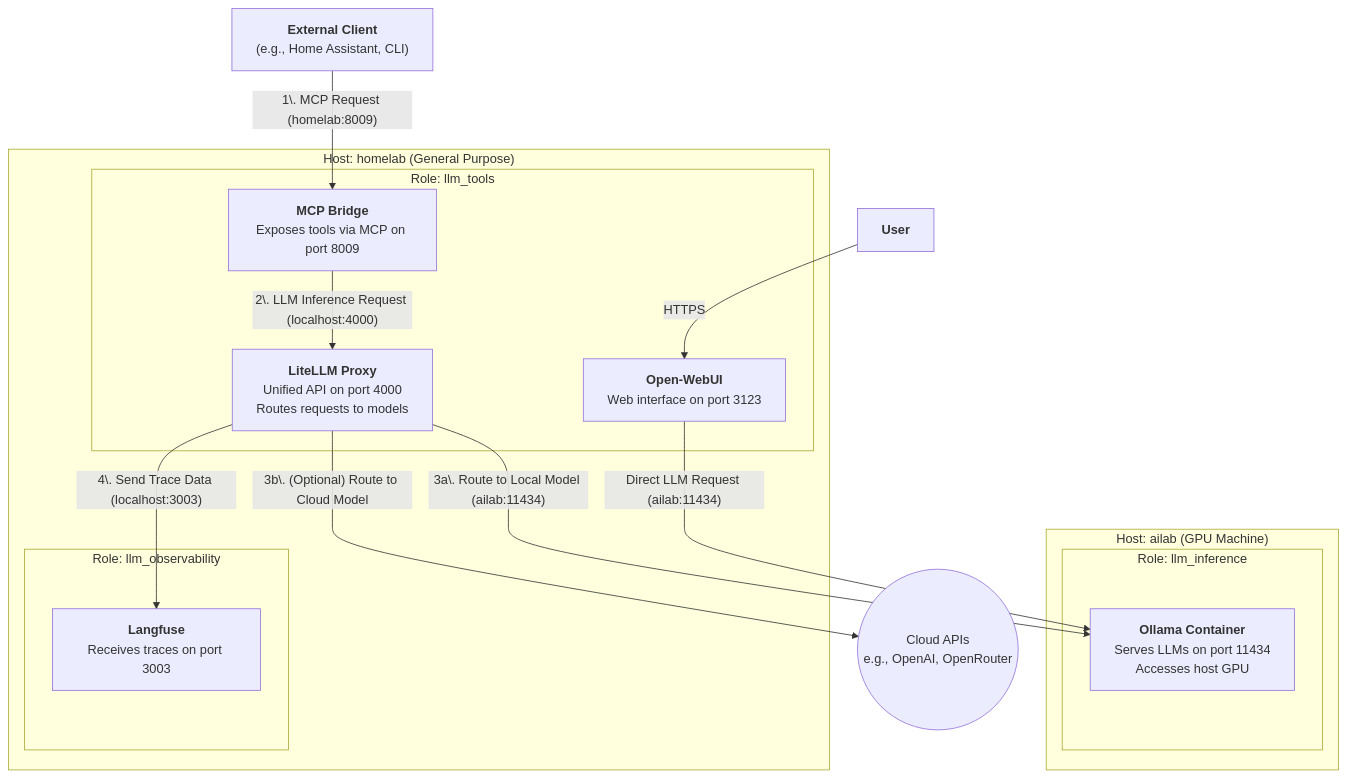
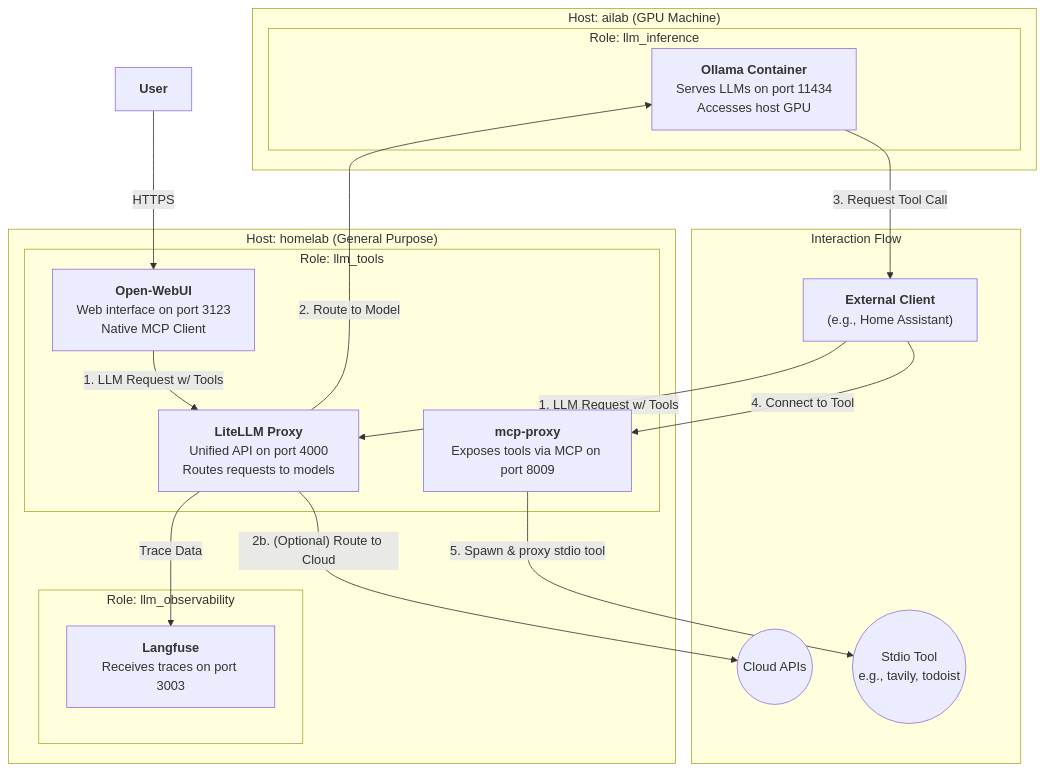
One commit to kirel/pi changed the diagram in roles/llm_tools/README.md. Above: the diagram before and after it, drawn with Mermaid. The commit also changed other lines of this file and 5 other files, not shown here.

Commit message:
refactor: Replace MCP-Bridge with mcp-proxy in llm_tools role

````diff
--- a/roles/llm_tools/README.md
+++ b/roles/llm_tools/README.md
@@ -18,31 +18,36 @@
 ```mermaid
 graph TD
     subgraph "Host: ailab (GPU Machine)"
         subgraph "Role: llm_inference"
             Ollama["<b>Ollama Container</b><br>Serves LLMs on port 11434<br>Accesses host GPU"]
         end
     end
 
     subgraph "Host: homelab (General Purpose)"
         subgraph "Role: llm_tools"
             LiteLLM["<b>LiteLLM Proxy</b><br>Unified API on port 4000<br>Routes requests to models"]
-            MCPBridge["<b>MCP Bridge</b><br>Exposes tools via MCP on port 8009"]
-            OpenWebUI["<b>Open-WebUI</b><br>Web interface on port 3123"]
+            MCPProxy["<b>mcp-proxy</b><br>Exposes tools via MCP on port 8009"]
+            OpenWebUI["<b>Open-WebUI</b><br>Web interface on port 3123<br>Native MCP Client"]
         end
 
         subgraph "Role: llm_observability"
             Langfuse["<b>Langfuse</b><br>Receives traces on port 3003"]
         end
     end
 
-    Client["<b>External Client</b><br>(e.g., Home Assistant, CLI)"]
+    Client["<b>External Client</b><br>(e.g., Home Assistant)"]
     User["<b>User</b>"]
 
     User -- "HTTPS" --> OpenWebUI
-    Client -- "1\. MCP Request (homelab:8009)" --> MCPBridge
-    MCPBridge -- "2\. LLM Inference Request (localhost:4000)" --> LiteLLM
-    LiteLLM -- "3a\. Route to Local Model (ailab:11434)" --> Ollama
-    LiteLLM -- "3b\. (Optional) Route to Cloud Model" --> Internet(("Cloud APIs<br>e.g., OpenAI, OpenRouter"))
-    LiteLLM -- "4\. Send Trace Data (localhost:3003)" --> Langfuse
-    OpenWebUI -- "Direct LLM Request (ailab:11434)" --> Ollama
+
+    subgraph "Interaction Flow"
+        Client -- "1. LLM Request w/ Tools" --> LiteLLM
+        OpenWebUI -- "1. LLM Request w/ Tools" --> LiteLLM
+        LiteLLM -- "2. Route to Model" --> Ollama
+        LiteLLM -- "2b. (Optional) Route to Cloud" --> Internet(("Cloud APIs"))
+        Ollama -- "3. Request Tool Call" --> Client
+        Client -- "4. Connect to Tool" --> MCPProxy
+        MCPProxy -- "5. Spawn & proxy stdio tool" --> StdioTool(("Stdio Tool<br>e.g., tavily, todoist"))
+        LiteLLM -- "Trace Data" --> Langfuse
+    end
 ```
````
